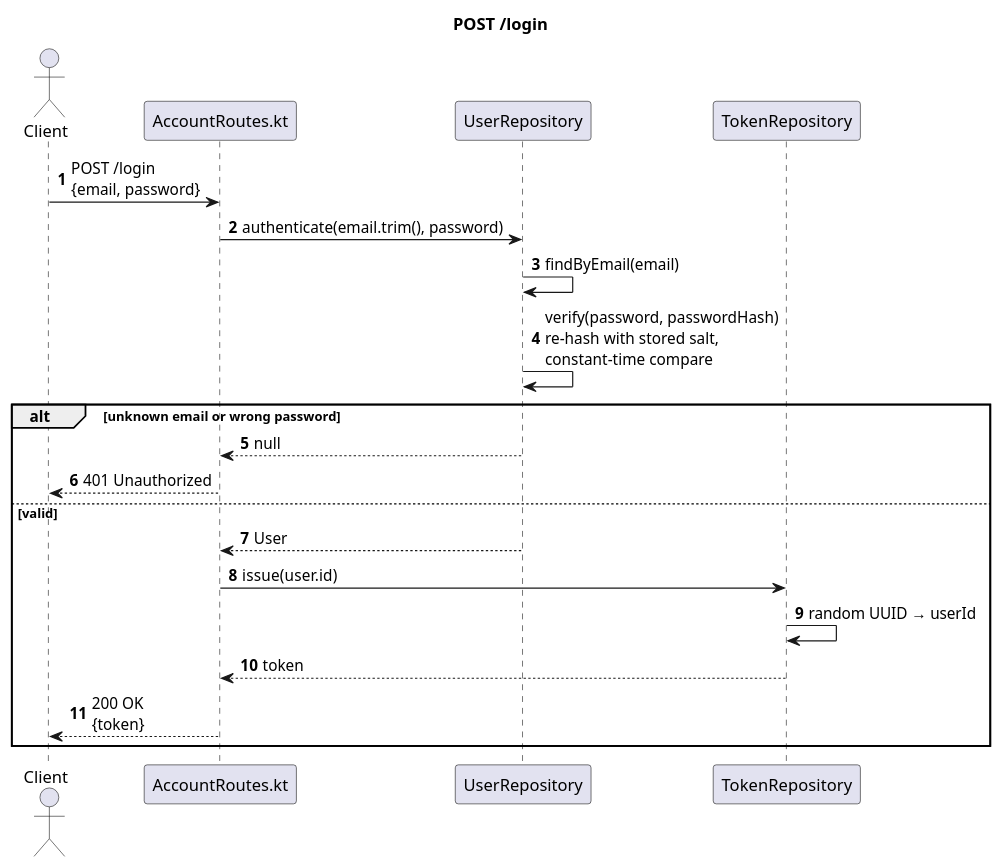
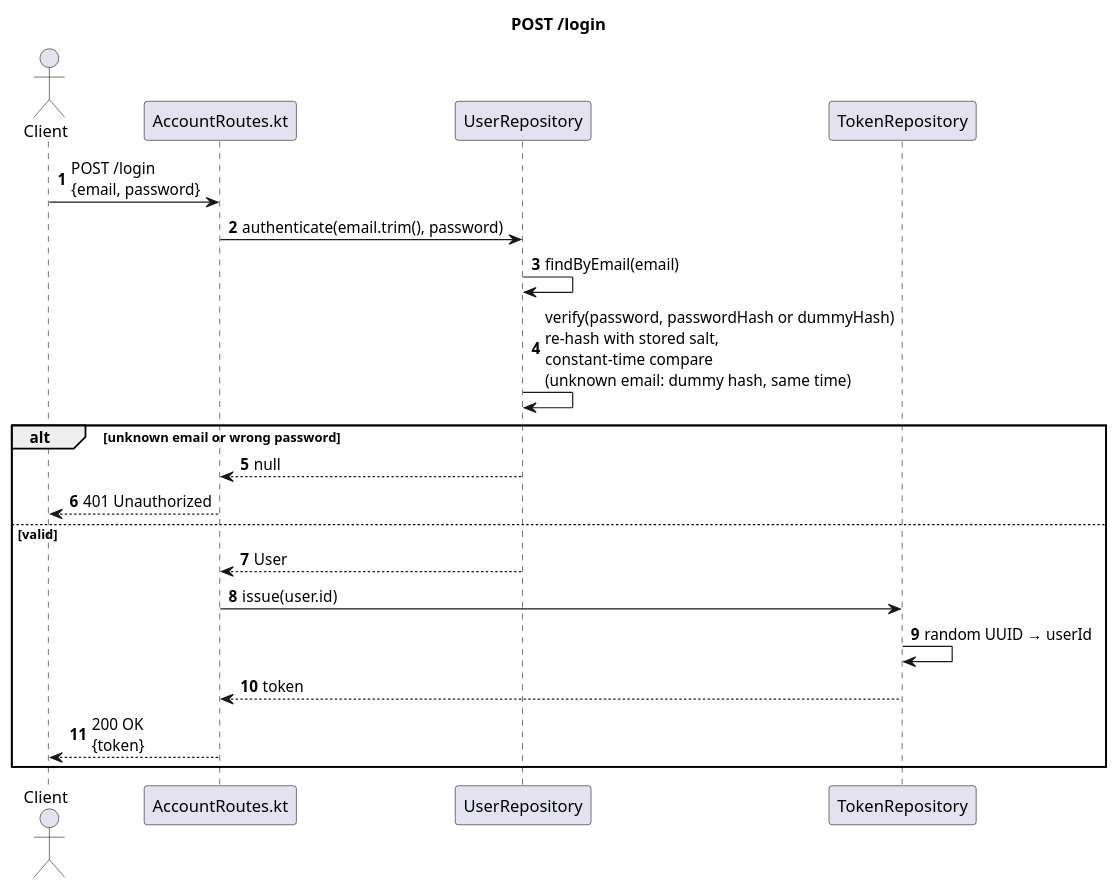
Before and after one commit to Rent-a-car-38291/rent-a-car: the diagram in docs/diagrams/sequence-login.puml, drawn with PlantUML. The commit also changed 5 other files, not shown here.

First line of the commit message:
Verify unknown emails against a dummy hash

```diff
--- a/docs/diagrams/sequence-login.puml
+++ b/docs/diagrams/sequence-login.puml
@@ -1,26 +1,26 @@
 @startuml
 title POST /login
 autonumber
 
 actor Client
 participant "AccountRoutes.kt" as Route
 participant UserRepository
 participant TokenRepository
 
 Client -> Route : POST /login\n{email, password}
 Route -> UserRepository : authenticate(email.trim(), password)
 UserRepository -> UserRepository : findByEmail(email)
-UserRepository -> UserRepository : verify(password, passwordHash)\nre-hash with stored salt,\nconstant-time compare
+UserRepository -> UserRepository : verify(password, passwordHash or dummyHash)\nre-hash with stored salt,\nconstant-time compare\n(unknown email: dummy hash, same time)
 
 alt unknown email or wrong password
   UserRepository --> Route : null
   Route --> Client : 401 Unauthorized
 else valid
   UserRepository --> Route : User
   Route -> TokenRepository : issue(user.id)
   TokenRepository -> TokenRepository : random UUID → userId
   TokenRepository --> Route : token
   Route --> Client : 200 OK\n{token}
 end
 
 @enduml
```
